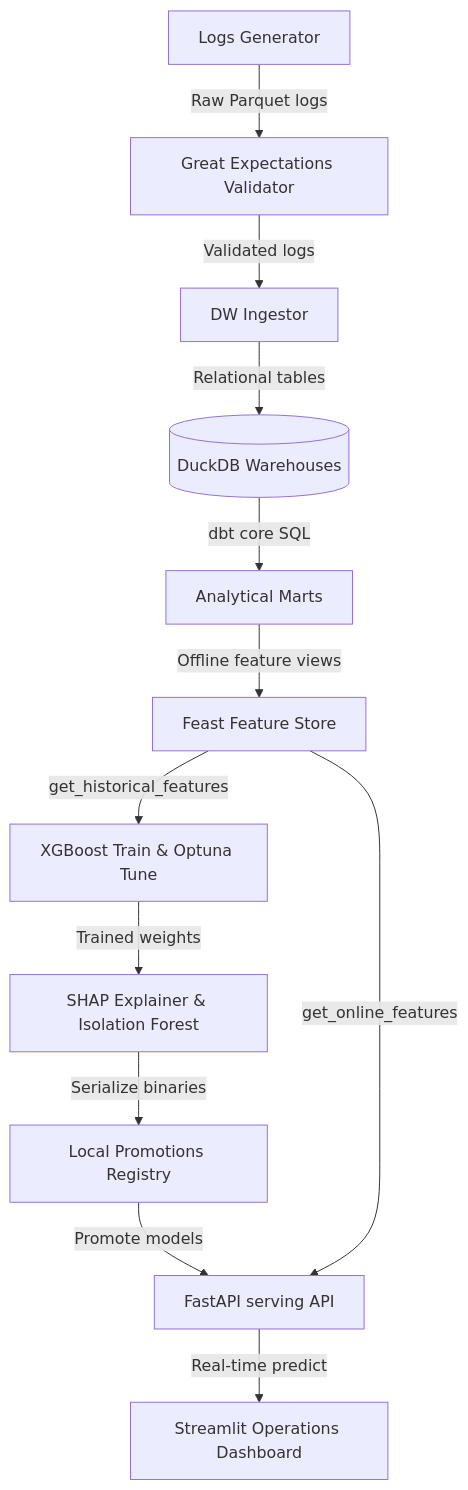
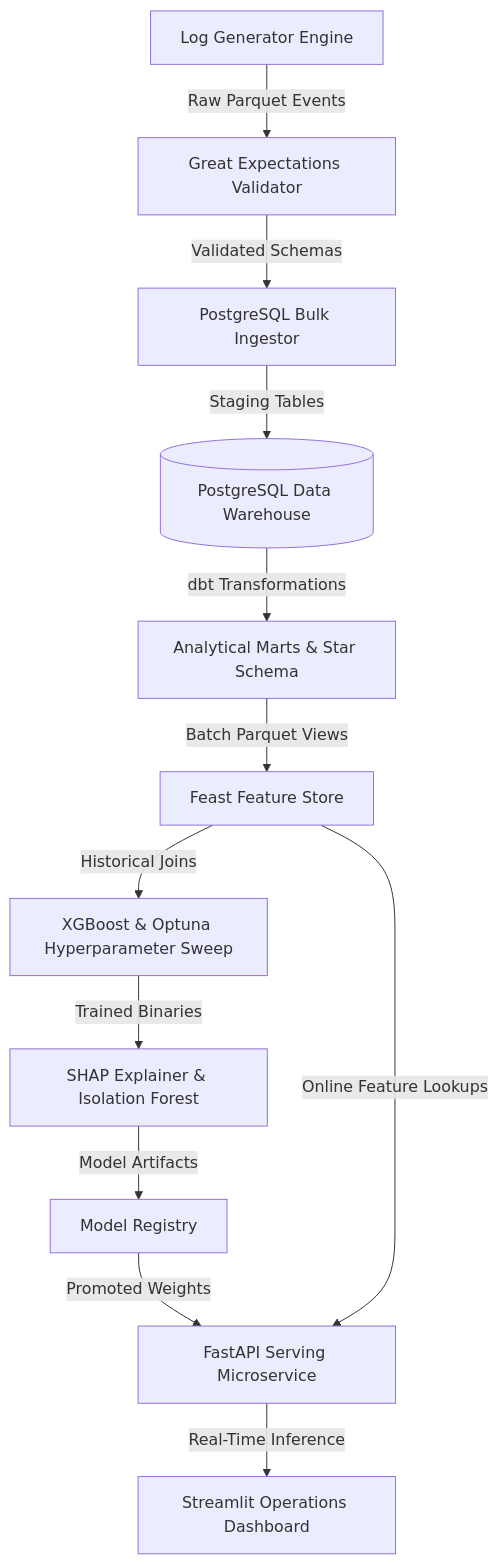
Before and after one commit to Sakina10/search-quality-intelligence-platform: the diagram in README.md, drawn with Mermaid. The commit also changed other lines of this file and 54 other files, not shown here.

````diff
--- a/README.md
+++ b/README.md
@@ -15,14 +63,14 @@
 ```mermaid
 graph TD
-    A[Logs Generator] -->|Raw Parquet logs| B[Great Expectations Validator]
-    B -->|Validated logs| C[DW Ingestor]
-    C -->|Relational tables| D[(DuckDB Warehouses)]
-    D -->|dbt core SQL| E[Analytical Marts]
-    E -->|Offline feature views| F[Feast Feature Store]
-    F -->|get_historical_features| G[XGBoost Train & Optuna Tune]
-    G -->|Trained weights| H[SHAP Explainer & Isolation Forest]
-    H -->|Serialize binaries| I[Local Promotions Registry]
-    I -->|Promote models| J[FastAPI serving API]
-    F -->|get_online_features| J
-    J -->|Real-time predict| K[Streamlit Operations Dashboard]
+    A[Log Generator Engine] -->|Raw Parquet Events| B[Great Expectations Validator]
+    B -->|Validated Schemas| C[PostgreSQL Bulk Ingestor]
+    C -->|Staging Tables| D[(PostgreSQL Data Warehouse)]
+    D -->|dbt Transformations| E[Analytical Marts & Star Schema]
+    E -->|Batch Parquet Views| F[Feast Feature Store]
+    F -->|Historical Joins| G[XGBoost & Optuna Hyperparameter Sweep]
+    G -->|Trained Binaries| H[SHAP Explainer & Isolation Forest]
+    H -->|Model Artifacts| I[Model Registry]
+    I -->|Promoted Weights| J[FastAPI Serving Microservice]
+    F -->|Online Feature Lookups| J
+    J -->|Real-Time Inference| K[Streamlit Operations Dashboard]
 ```
````
